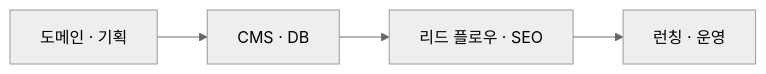
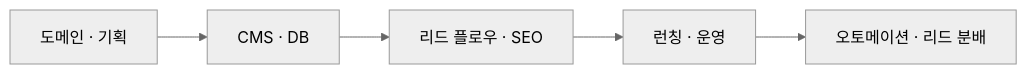
Before and after one commit to dalgoms/dalgoms: the diagram in README.md, drawn with Mermaid (neutral theme). The commit also changed other lines of this file and 1 other file, not shown here.

````diff
--- a/README.md
+++ b/README.md
@@ -96,6 +100,7 @@
 ```mermaid
 flowchart LR
   A["도메인 · 기획"] --> B["CMS · DB"]
   B --> C["리드 플로우 · SEO"]
   C --> D["런칭 · 운영"]
+  D --> E["오토메이션 · 리드 분배"]
 ```
````
